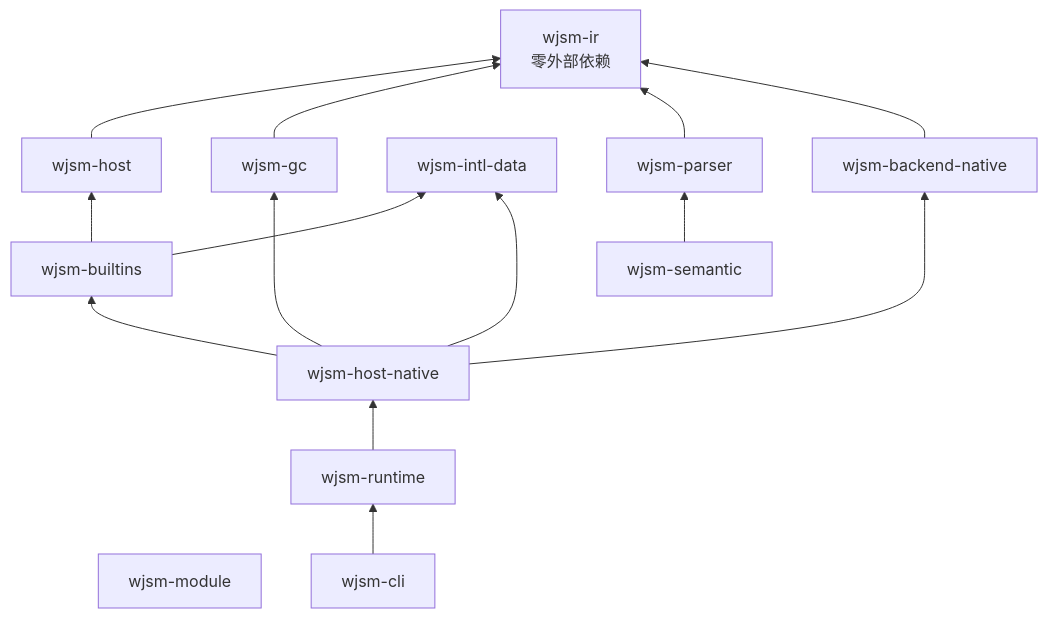
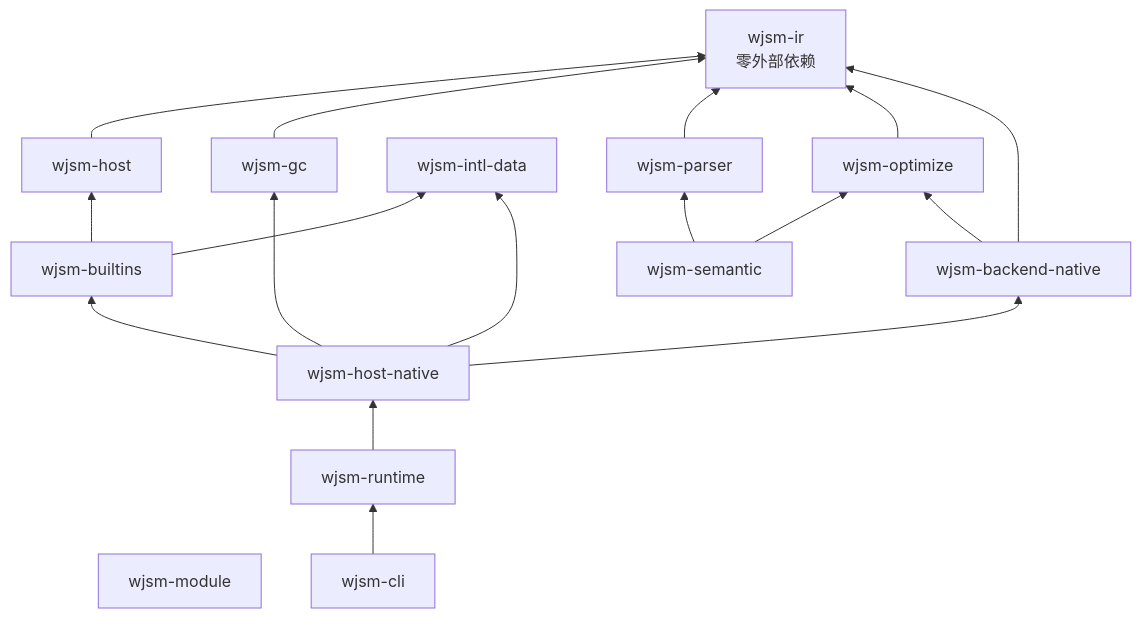
One commit to juzi5201314/wjsm changed the diagram in docs/book/src/internals/foundations/ownership-and-dependencies.md. Above: the diagram before and after it, drawn with Mermaid. The commit also changed 206 other files, not shown here.

````diff
--- a/docs/book/src/internals/foundations/ownership-and-dependencies.md
+++ b/docs/book/src/internals/foundations/ownership-and-dependencies.md
@@ -7,29 +7,33 @@
 ```mermaid
 graph BT
     IR["wjsm-ir<br/>零外部依赖"]
     HOST["wjsm-host"]
     GC["wjsm-gc"]
     BUILTINS["wjsm-builtins"]
     INTL["wjsm-intl-data"]
     PARSER["wjsm-parser"]
     SEMANTIC["wjsm-semantic"]
+    OPT["wjsm-optimize"]
     MODULE["wjsm-module"]
     BN["wjsm-backend-native"]
     HN["wjsm-host-native"]
     RT["wjsm-runtime"]
     CLI["wjsm-cli"]
 
     HOST --> IR
     GC --> IR
     BUILTINS --> HOST
     BUILTINS --> INTL
     HN --> INTL
     PARSER --> IR
     SEMANTIC --> PARSER
+    SEMANTIC --> OPT
+    OPT --> IR
     BN --> IR
+    BN --> OPT
     HN --> BUILTINS
     HN --> GC
     HN --> BN
     RT --> HN
     CLI --> RT
 ```
````
